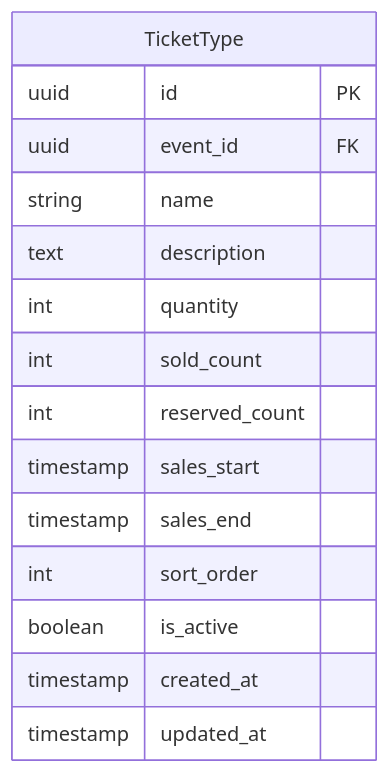
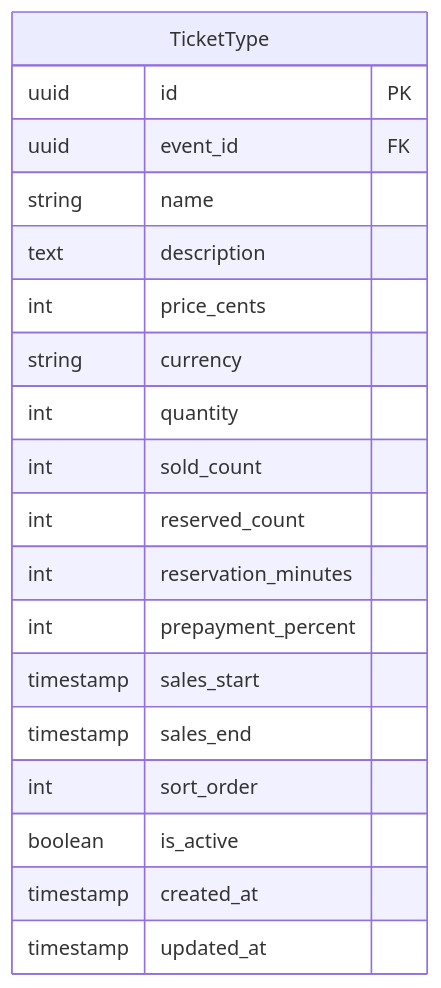
The tenth of 23 diagrams in docs/data/domain-model.md (egorov-ma/aqstream), drawn with Mermaid before and after one commit. The commit also changed other lines of this file and 47 other files, not shown here.

````diff
--- a/docs/data/domain-model.md
+++ b/docs/data/domain-model.md
@@ -235,18 +359,22 @@
 ```mermaid
 erDiagram
     TicketType {
         uuid id PK
         uuid event_id FK
         string name
         text description
+        int price_cents
+        string currency
         int quantity
         int sold_count
         int reserved_count
+        int reservation_minutes
+        int prepayment_percent
         timestamp sales_start
         timestamp sales_end
         int sort_order
         boolean is_active
         timestamp created_at
         timestamp updated_at
     }
 ```
````
